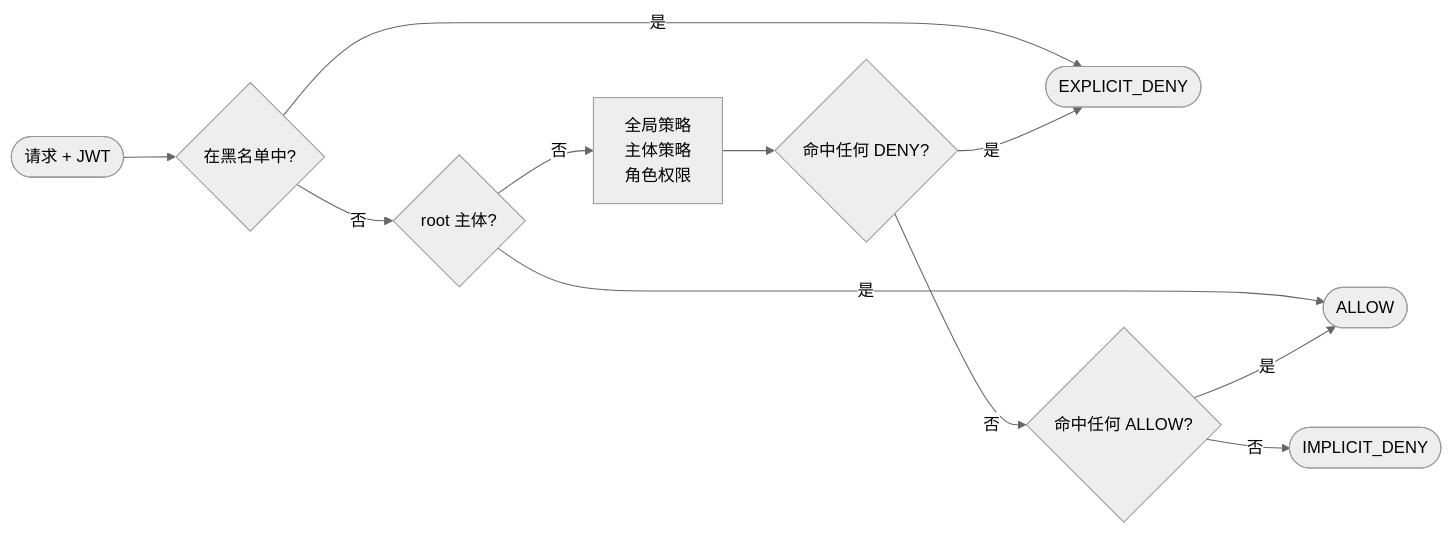
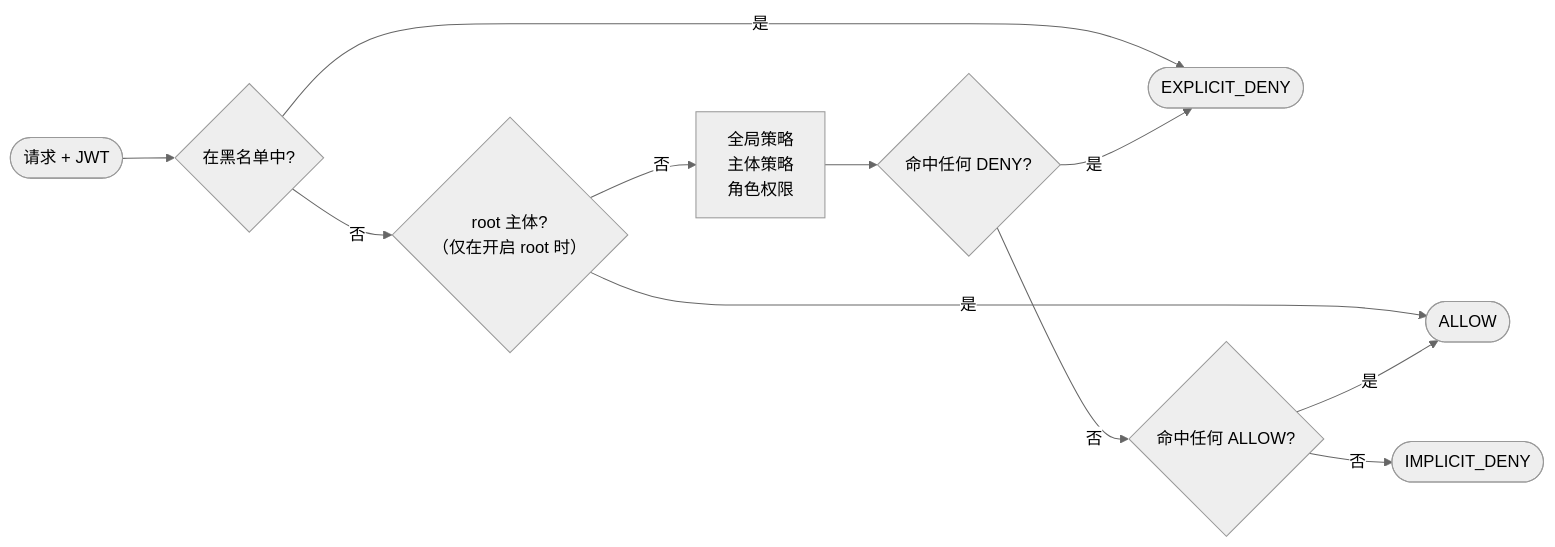
One commit to Ahoo-Wang/CoSec changed the diagram in README.zh-CN.md. Above: the diagram before and after it, drawn with Mermaid (neutral theme). The commit also changed 33 other files, not shown here.

````diff
--- a/README.zh-CN.md
+++ b/README.zh-CN.md
@@ -31,13 +31,13 @@
 ```mermaid
 flowchart LR
     R([请求 + JWT]) --> BL{在黑名单中?}
     BL -->|是| DENY([EXPLICIT_DENY])
-    BL -->|否| ROOT{root 主体?}
+    BL -->|否| ROOT{"root 主体?<br>（仅在开启 root 时）"}
     ROOT -->|是| ALLOW([ALLOW])
     ROOT -->|否| L["全局策略<br>主体策略<br>角色权限"]
     L --> D{命中任何 DENY?}
     D -->|是| DENY
     D -->|否| A{命中任何 ALLOW?}
     A -->|是| ALLOW
     A -->|否| IMP([IMPLICIT_DENY])
 ```
````
